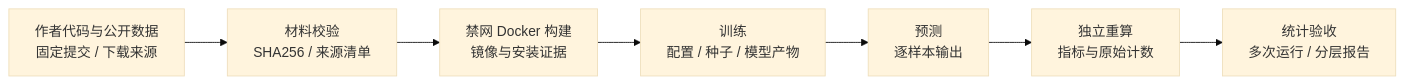
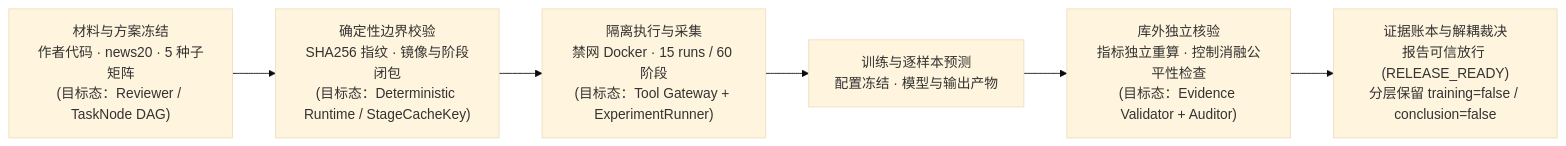
One commit to Gump111458785/ArtiCheck changed the diagram in README.md. Above: the diagram before and after it, drawn with Mermaid (base theme). The commit also changed other lines of this file, not shown here.

Commit message:
docs: align LIBLINEAR flagship case workflow and acceptance mapping with target architecture

````diff
--- a/README.md
+++ b/README.md
@@ -114,9 +116,8 @@
 ```mermaid
 flowchart LR
-    A["作者代码与公开数据<br>固定提交 / 下载来源"] --> B["材料校验<br>SHA256 / 来源清单"]
-    B --> C["禁网 Docker 构建<br>镜像与安装证据"]
-    C --> D["训练<br>配置 / 种子 / 模型产物"]
-    D --> E["预测<br>逐样本输出"]
-    E --> F["独立重算<br>指标与原始计数"]
-    F --> G["统计验收<br>多次运行 / 分层报告"]
+    A["材料与方案冻结<br>作者代码 · news20 · 5 种子矩阵<br>(目标态：Reviewer / TaskNode DAG)"] --> B["确定性边界校验<br>SHA256 指纹 · 镜像与阶段闭包<br>(目标态：Deterministic Runtime / StageCacheKey)"]
+    B --> C["隔离执行与采集<br>禁网 Docker · 15 runs / 60 阶段<br>(目标态：Tool Gateway + ExperimentRunner)"]
+    C --> D["训练与逐样本预测<br>配置冻结 · 模型与输出产物"]
+    D --> E["库外独立核验<br>指标独立重算 · 控制消融公平性检查<br>(目标态：Evidence Validator + Auditor)"]
+    E --> F["证据账本与解耦裁决<br>报告可信放行 (RELEASE_READY)<br>分层保留 training=false / conclusion=false"]
 ```
````
